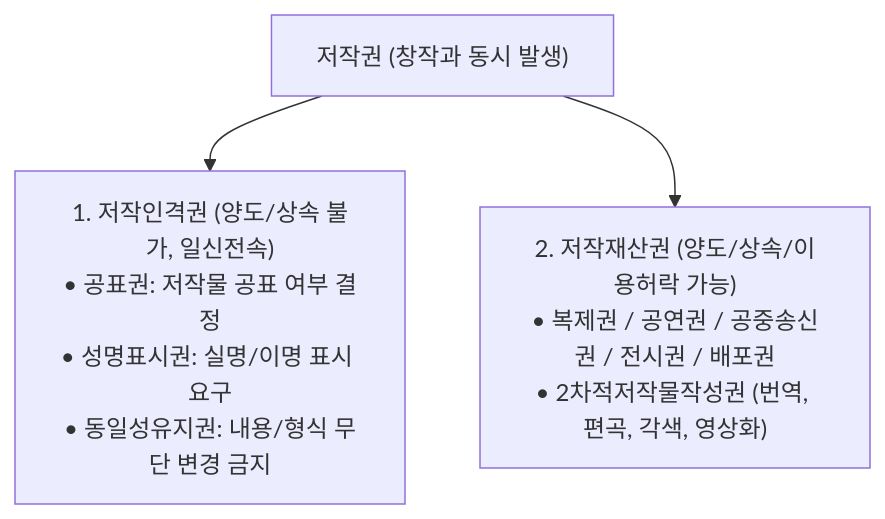
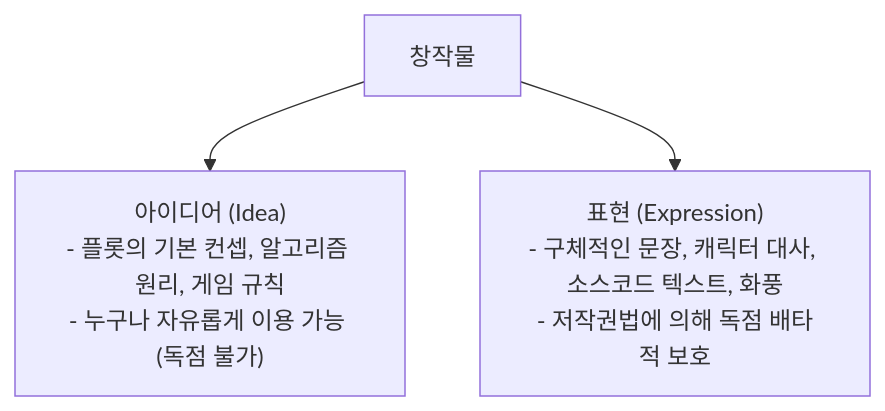
The diagram in ComputerScience/07_professional-humanities/intellectual-property/notes/02. 저작권법과 창작물의 보호.md (umyunsang/edu), drawn with Mermaid before and after one commit. The commit also changed other lines of this file and 19 other files, not shown here.

````diff
--- a/ComputerScience/07_professional-humanities/intellectual-property/notes/02. 저작권법과 창작물의 보호.md
+++ b/ComputerScience/07_professional-humanities/intellectual-property/notes/02. 저작권법과 창작물의 보호.md
@@ -34,6 +32,5 @@
 ```mermaid
-flowchart TD
-    CR["저작권 (창작과 동시 발생)"]
-    CR --> MORAL["1. 저작인격권 (양도/상속 불가, 일신전속)<br/>• 공표권: 저작물 공표 여부 결정<br/>• 성명표시권: 실명/이명 표시 요구<br/>• 동일성유지권: 내용/형식 무단 변경 금지"]
-    CR --> ECON["2. 저작재산권 (양도/상속/이용허락 가능)<br/>• 복제권 / 공연권 / 공중송신권 / 전시권 / 배포권<br/>• 2차적저작물작성권 (번역, 편곡, 각색, 영상화)"]
+graph TD
+    CREATION["창작물"] --> IDEA["아이디어 (Idea)<br/>- 플롯의 기본 컨셉, 알고리즘 원리, 게임 규칙<br/>- 누구나 자유롭게 이용 가능 (독점 불가)"]
+    CREATION --> EXP["표현 (Expression)<br/>- 구체적인 문장, 캐릭터 대사, 소스코드 텍스트, 화풍<br/>- 저작권법에 의해 독점 배타적 보호"]
 ```
````
